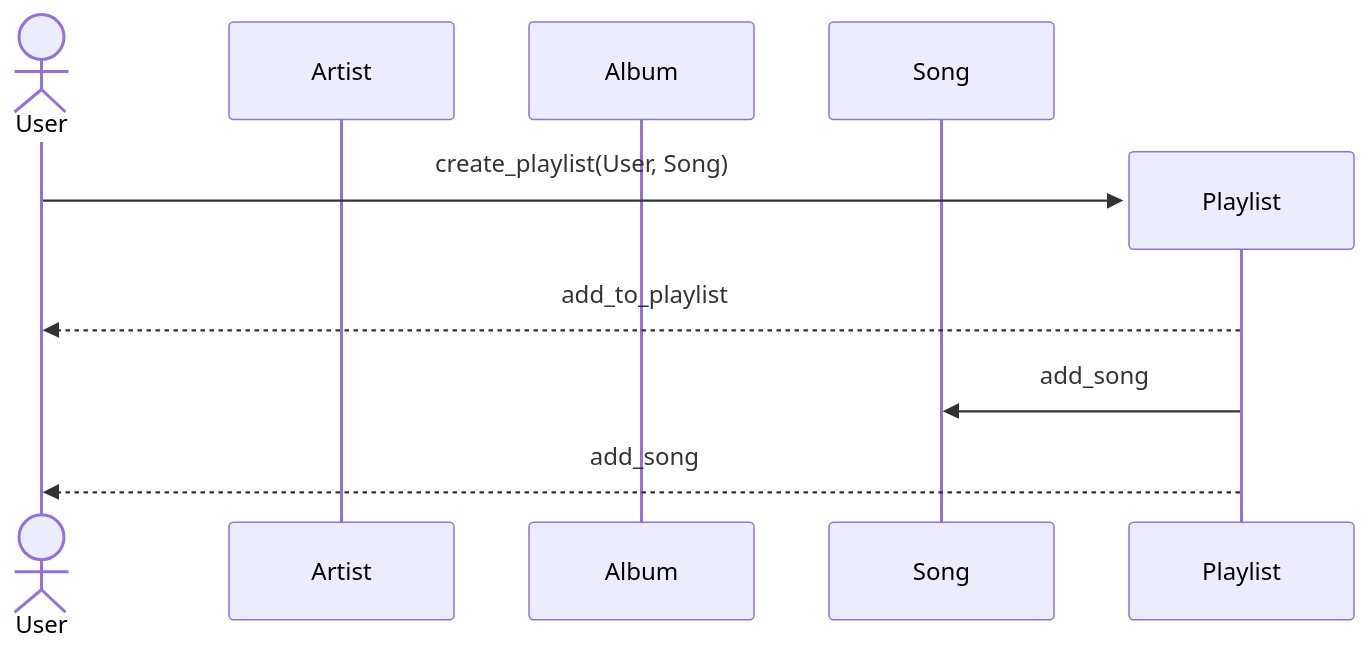
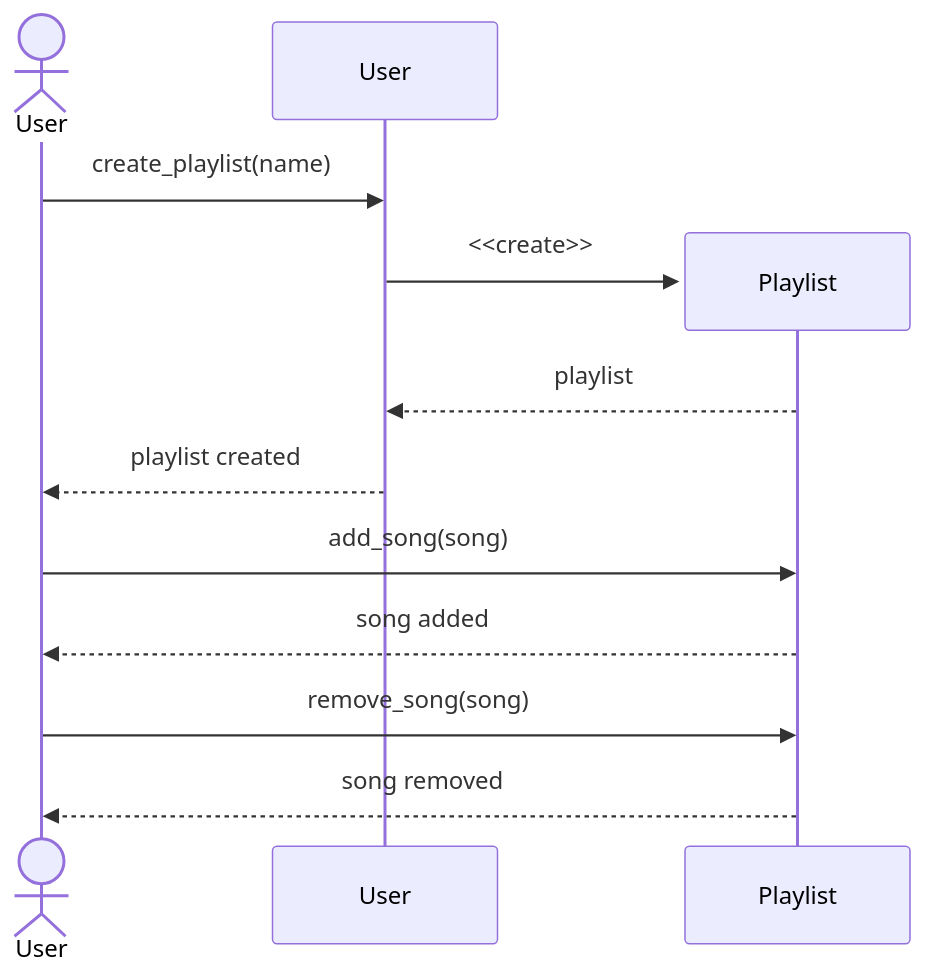
One commit to tanacohid/holbertonschool-sw_design_architecture changed the diagram in group_projet_music/1-sequence_diagram.mmd. Above: the diagram before and after it, drawn with Mermaid.

Commit message:
fix: update sequence diagram for create_playlist interaction and participant definitions

```diff
--- a/group_projet_music/1-sequence_diagram.mmd
+++ b/group_projet_music/1-sequence_diagram.mmd
@@ -1,11 +1,15 @@
 sequenceDiagram
-    actor User
-    participant Artist
-    participant Album
-    participant Song
+actor U as User
+participant User
 
-    create participant Playlist
-    User ->> Playlist: create_playlist(User, Song)
-    Playlist -->> User: add_to_playlist
-    Playlist ->> Song: add_song
-    Playlist -->> User: add_song
+U->>User: create_playlist(name)
+create participant P as Playlist
+User->>P: <<create>>
+P-->>User: playlist
+User-->>U: playlist created
+
+U->>P: add_song(song)
+P-->>U: song added
+
+U->>P: remove_song(song)
+P-->>U: song removed
```
